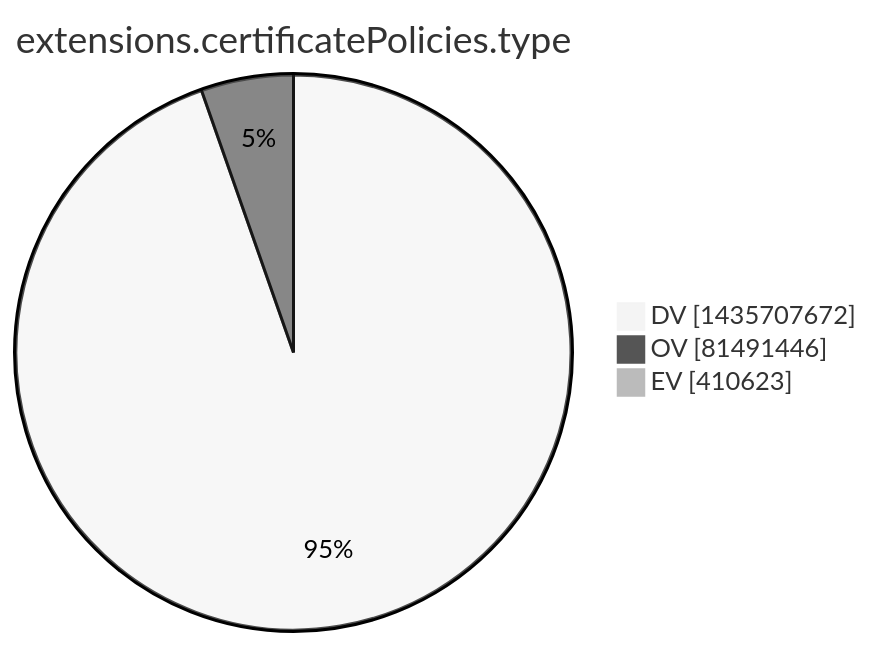
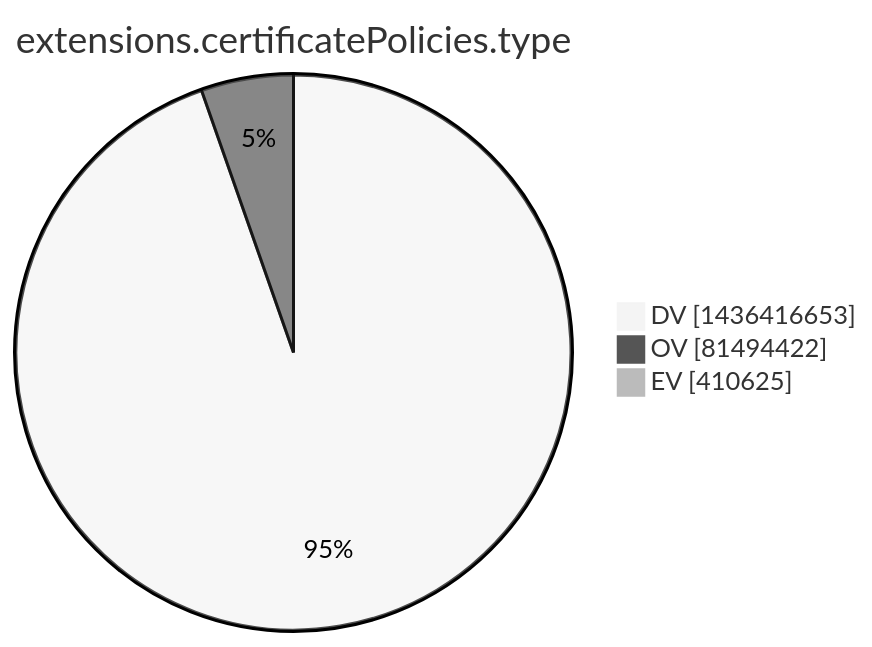
The tenth of 15 diagrams in xenon2022/README.md (christiankrug/ctmonitor_visualization), drawn with Mermaid (neutral theme) before and after one commit. The commit also changed other lines of this file, not shown here.

````diff
--- a/xenon2022/README.md
+++ b/xenon2022/README.md
@@ -2867,7 +2867,7 @@
 ```mermaid
 pie showData
 title extensions.certificatePolicies.type
-"DV" :1435707672
-"OV" :81491446
-"EV" :410623
+"DV" :1436416653
+"OV" :81494422
+"EV" :410625
 ```
````
